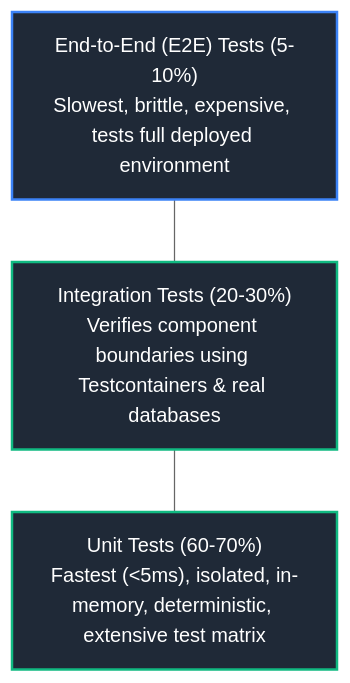
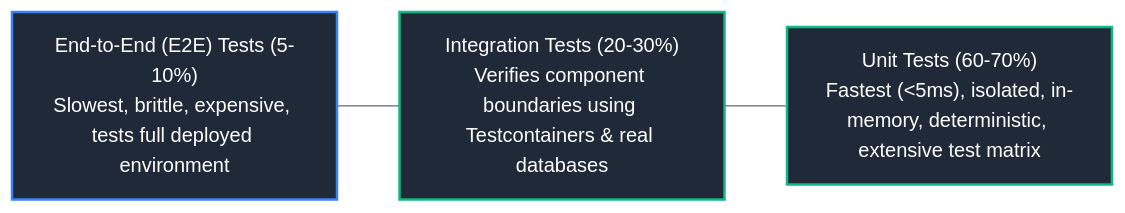
One commit to joydeep-biswas/Interview-Preparation changed the second of 5 diagrams in Java Backend Engineering/14_testing_observability_performance_production_engineering.md. Above: the diagram before and after it, drawn with Mermaid (neutral theme). The commit also changed other lines of this file and 76 other files, not shown here.

Commit message:
Updated Charts

````diff
--- a/Java Backend Engineering/14_testing_observability_performance_production_engineering.md
+++ b/Java Backend Engineering/14_testing_observability_performance_production_engineering.md
@@ -118,13 +119,13 @@
 ```mermaid
-flowchart TD
+flowchart LR
     E2E["End-to-End (E2E) Tests (5-10%)<br/>Slowest, brittle, expensive, tests full deployed environment"]
     Integration["Integration Tests (20-30%)<br/>Verifies component boundaries using Testcontainers & real databases"]
     Unit["Unit Tests (60-70%)<br/>Fastest (<5ms), isolated, in-memory, deterministic, extensive test matrix"]
 
     E2E --- Integration
     Integration --- Unit
 
     style E2E fill:#1f2937,stroke:#3b82f6,stroke-width:2px,color:#fff
     style Integration fill:#1f2937,stroke:#10b981,stroke-width:2px,color:#fff
     style Unit fill:#1f2937,stroke:#10b981,stroke-width:2px,color:#fff
 ```
````
